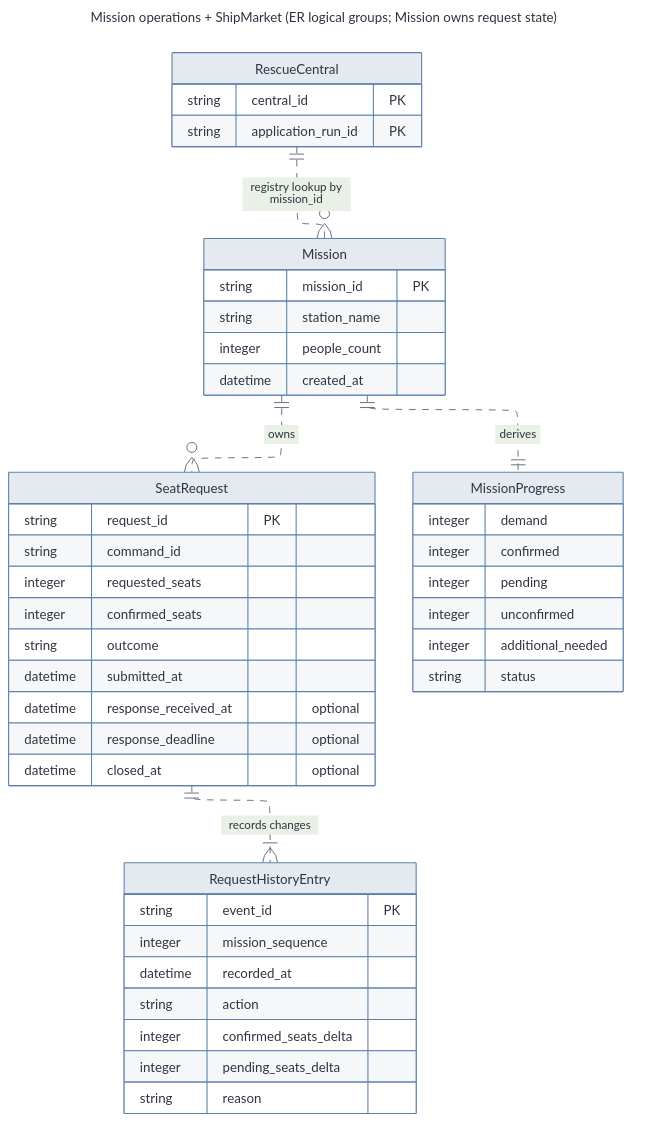
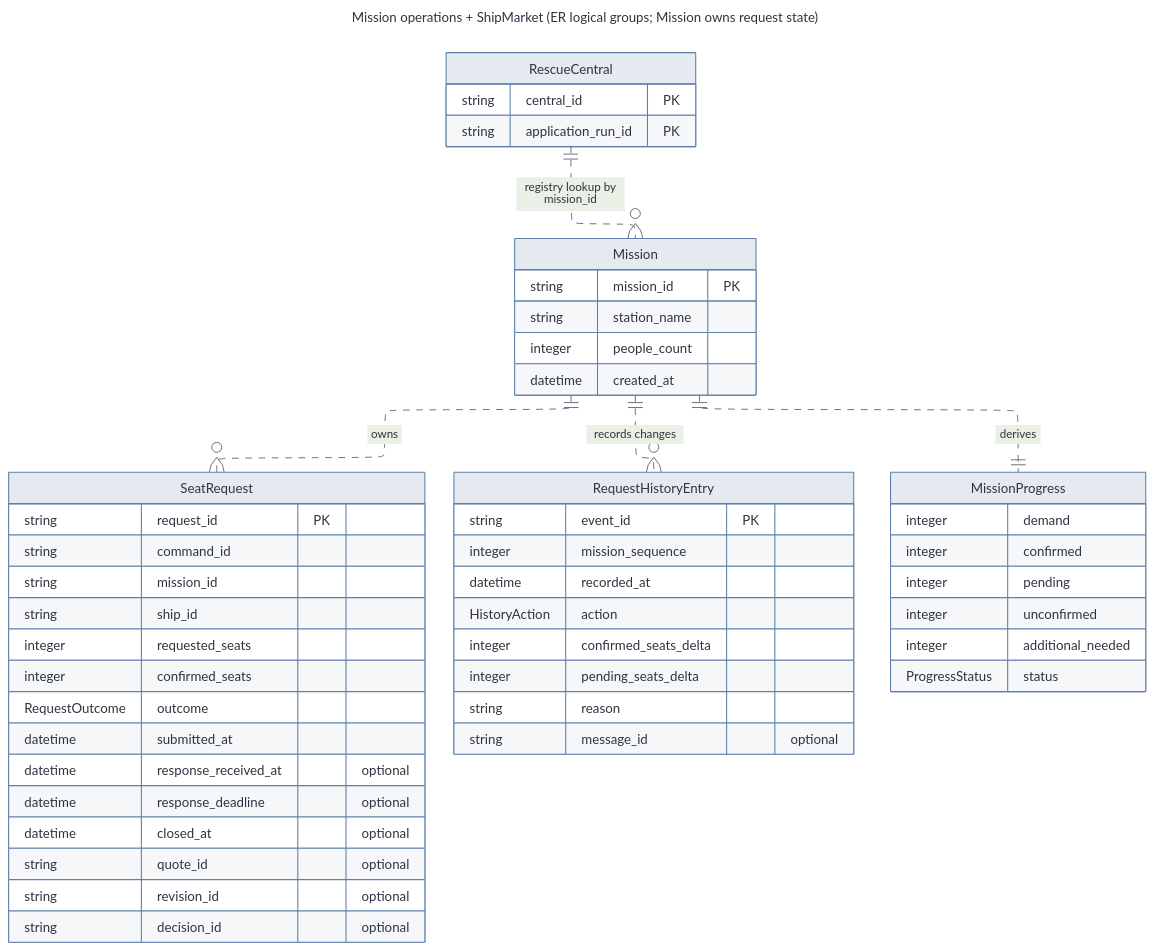
One commit to mariaxmxavier/space-rescue-system changed the diagram in docs/architecture/diagrams/rescue-domain-model/namespaces/MissionOperations/entity-relationship-diagram.mmd. Above: the diagram before and after it, drawn with Mermaid. The commit also changed 80 other files, not shown here.

```diff
--- a/docs/architecture/diagrams/rescue-domain-model/namespaces/MissionOperations/entity-relationship-diagram.mmd
+++ b/docs/architecture/diagrams/rescue-domain-model/namespaces/MissionOperations/entity-relationship-diagram.mmd
@@ -1,72 +1,78 @@
 ---
 title: Mission operations + ShipMarket (ER logical groups; Mission owns request state)
 config:
   layout: elk
   theme: base
   htmlLabels: false
   fontFamily: Arial
   themeVariables:
     primaryColor: '#e5e9f0'
     primaryTextColor: '#2e3440'
     primaryBorderColor: '#5e81ac'
     lineColor: '#4c566a'
     tertiaryColor: '#eceff4'
     fontFamily: 'Arial, sans-serif'
   elk:
     mergeEdges: false
     nodePlacementStrategy: LINEAR_SEGMENTS
   class:
     nodeSpacing: 90
     rankSpacing: 100
     padding: 24
     diagramPadding: 40
   er:
     nodeSpacing: 90
     rankSpacing: 100
     diagramPadding: 30
 ---
 erDiagram
     direction TB
     %% Scoped logical ER view of MissionOperations. Cross-space relationships: Mission delegates requests to ShipMarket RFQs/offers; Mission records Mobilisation decisions.
     RescueCentral {
         string central_id PK
         string application_run_id PK
     }
     Mission {
         string mission_id PK
         string station_name
         integer people_count
         datetime created_at
     }
     SeatRequest {
         string request_id PK
         string command_id
+        string mission_id
+        string ship_id
         integer requested_seats
         integer confirmed_seats
-        string outcome
+        RequestOutcome outcome
         datetime submitted_at
         datetime response_received_at "optional"
         datetime response_deadline "optional"
         datetime closed_at "optional"
+        string quote_id "optional"
+        string revision_id "optional"
+        string decision_id "optional"
     }
     RequestHistoryEntry {
         string event_id PK
         integer mission_sequence
         datetime recorded_at
-        string action
+        HistoryAction action
         integer confirmed_seats_delta
         integer pending_seats_delta
         string reason
+        string message_id "optional"
     }
     MissionProgress {
         integer demand
         integer confirmed
         integer pending
         integer unconfirmed
         integer additional_needed
-        string status
+        ProgressStatus status
     }
     RescueCentral ||..o{ Mission : "registry lookup by mission_id"
     Mission ||..o{ SeatRequest : "owns"
-    SeatRequest ||..|{ RequestHistoryEntry : "records changes"
+    Mission ||..o{ RequestHistoryEntry : "records changes"
     Mission ||..|| MissionProgress : "derives"
```
